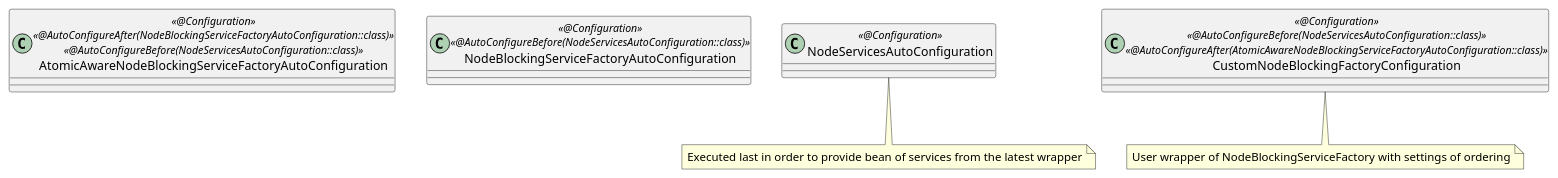
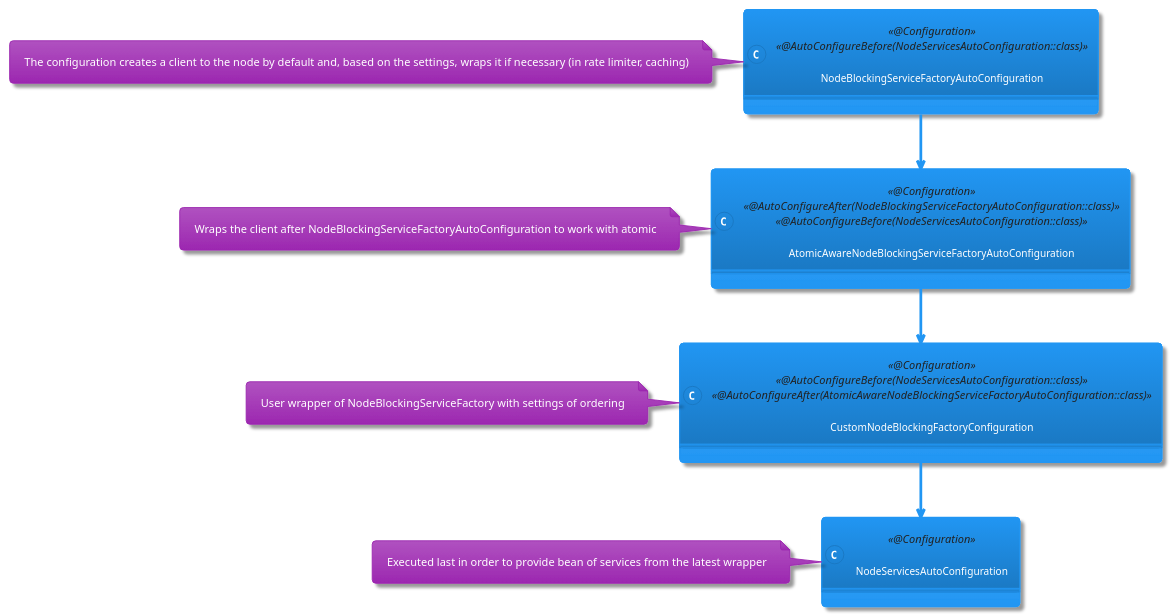
The diagram in puml/order_of_autoconfiguration_wrappers.puml (waves-enterprise/we-sdk-spring), drawn with PlantUML before and after one commit. The commit also changed 6 other files, not shown here.

Commit message:
Edit puml schemas

```diff
--- a/puml/order_of_autoconfiguration_wrappers.puml
+++ b/puml/order_of_autoconfiguration_wrappers.puml
@@ -1,9 +1,16 @@
 @startuml diagram
-
+!theme materia
 class AtomicAwareNodeBlockingServiceFactoryAutoConfiguration <<@Configuration>> <<@AutoConfigureAfter(NodeBlockingServiceFactoryAutoConfiguration::class)>> <<@AutoConfigureBefore(NodeServicesAutoConfiguration::class)>>
 class NodeBlockingServiceFactoryAutoConfiguration <<@Configuration>> <<@AutoConfigureBefore(NodeServicesAutoConfiguration::class)>>
 class NodeServicesAutoConfiguration <<@Configuration>>
 class CustomNodeBlockingFactoryConfiguration <<@Configuration>> <<@AutoConfigureBefore(NodeServicesAutoConfiguration::class)>> <<@AutoConfigureAfter(AtomicAwareNodeBlockingServiceFactoryAutoConfiguration::class)>>
-note bottom of CustomNodeBlockingFactoryConfiguration : User wrapper of NodeBlockingServiceFactory with settings of ordering
-note bottom of NodeServicesAutoConfiguration : Executed last in order to provide bean of services from the latest wrapper
+
+NodeBlockingServiceFactoryAutoConfiguration --> AtomicAwareNodeBlockingServiceFactoryAutoConfiguration
+AtomicAwareNodeBlockingServiceFactoryAutoConfiguration --> CustomNodeBlockingFactoryConfiguration
+CustomNodeBlockingFactoryConfiguration --> NodeServicesAutoConfiguration
+
+note left of NodeBlockingServiceFactoryAutoConfiguration : The configuration creates a client to the node by default and, based on the settings, wraps it if necessary (in rate limiter, caching)
+note left of AtomicAwareNodeBlockingServiceFactoryAutoConfiguration : Wraps the client after NodeBlockingServiceFactoryAutoConfiguration to work with atomic
+note left of CustomNodeBlockingFactoryConfiguration : User wrapper of NodeBlockingServiceFactory with settings of ordering
+note left of NodeServicesAutoConfiguration : Executed last in order to provide bean of services from the latest wrapper
 @enduml
```
